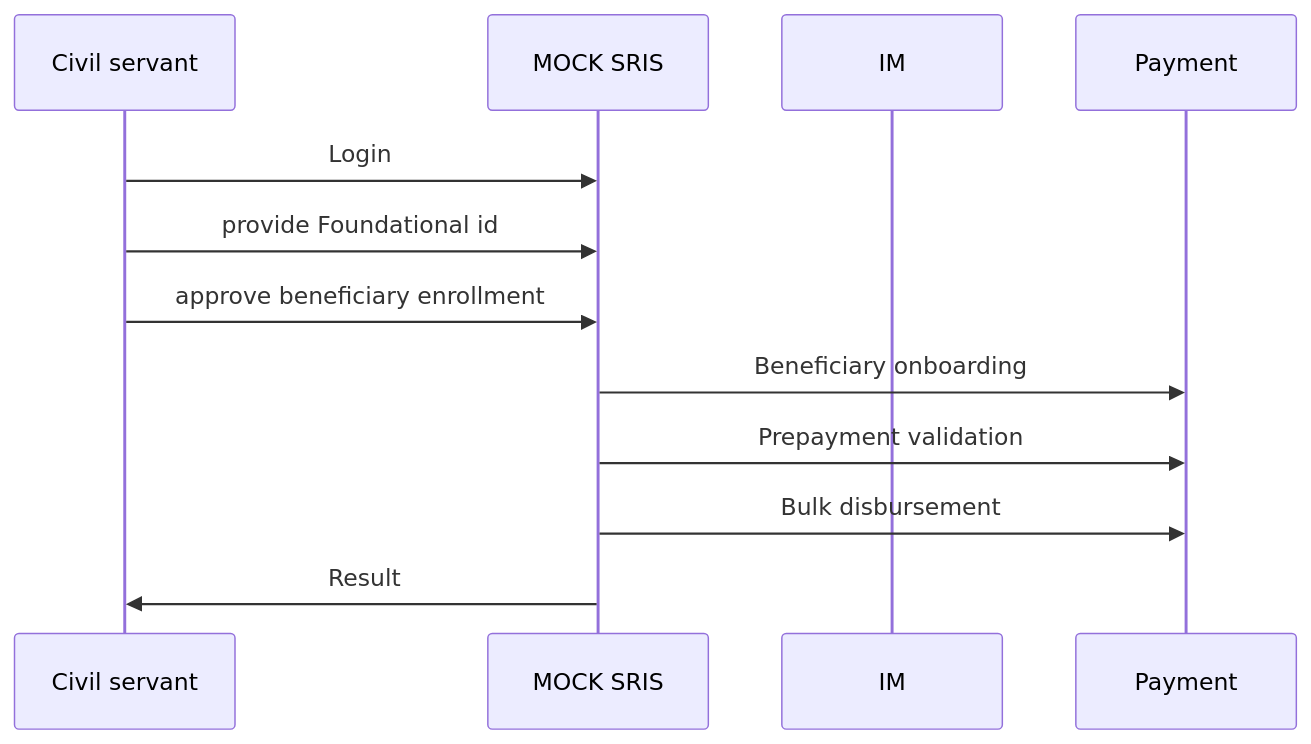
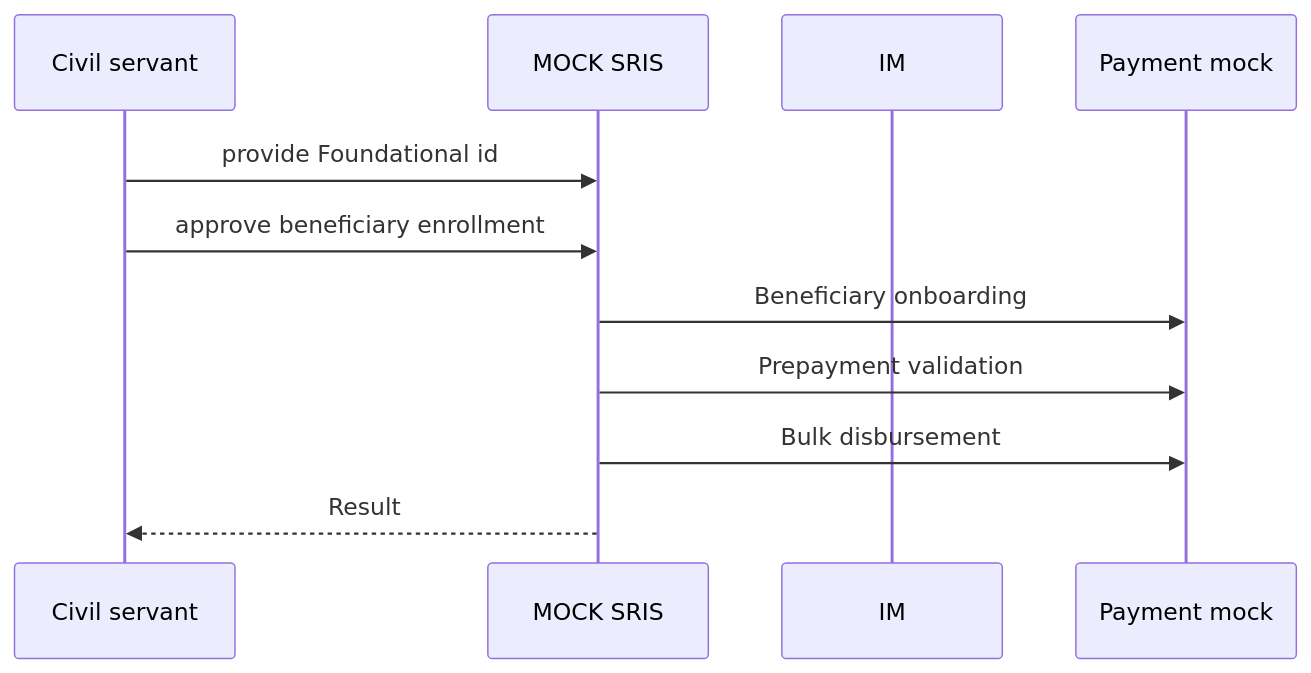
One commit to GovStackWorkingGroup/sandbox changed the diagram in docs/happy-flow/backend.md. Above: the diagram before and after it, drawn with Mermaid. The commit also changed other lines of this file, not shown here.

First line of the commit message:
Update happy-flow backend logic (#9)

````diff
--- a/docs/happy-flow/backend.md
+++ b/docs/happy-flow/backend.md
@@ -269,12 +6,11 @@
 ```mermaid
 sequenceDiagram
 
-Civil servant ->> MOCK SRIS: Login
 Civil servant ->> MOCK SRIS: provide Foundational id
 Civil servant ->> MOCK SRIS: approve beneficiary enrollment
 participant im as IM
-MOCK SRIS ->> Payment: Beneficiary onboarding 
-MOCK SRIS ->> Payment: Prepayment validation 
-MOCK SRIS ->> Payment: Bulk disbursement
-MOCK SRIS ->> Civil servant: Result
+MOCK SRIS ->> Payment mock: Beneficiary onboarding 
+MOCK SRIS ->> Payment mock: Prepayment validation 
+MOCK SRIS ->> Payment mock: Bulk disbursement
+MOCK SRIS -->> Civil servant: Result
 ```
````
